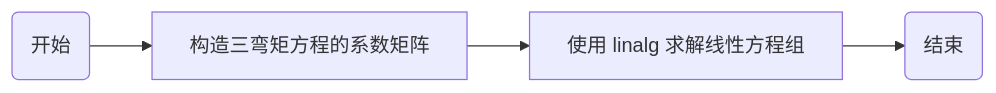
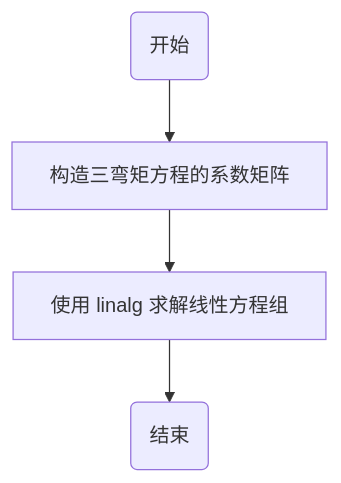
Before and after one commit to LittleMoMol/my-notes: the fifth of 6 diagrams in 1 数学/7 数值计算方法/实验报告/实验报告 1.md, drawn with Mermaid. The commit also changed other lines of this file and 16 other files, not shown here.

````diff
--- a/1 数学/7 数值计算方法/实验报告/实验报告 1.md
+++ b/1 数学/7 数值计算方法/实验报告/实验报告 1.md
@@ -281,6 +284,6 @@
 ```mermaid
-graph LR
+graph TD
 A(开始) --> B[构造三弯矩方程的系数矩阵]
 B --> C[使用 linalg 求解线性方程组]
 C --> D(结束)
 ```
````
